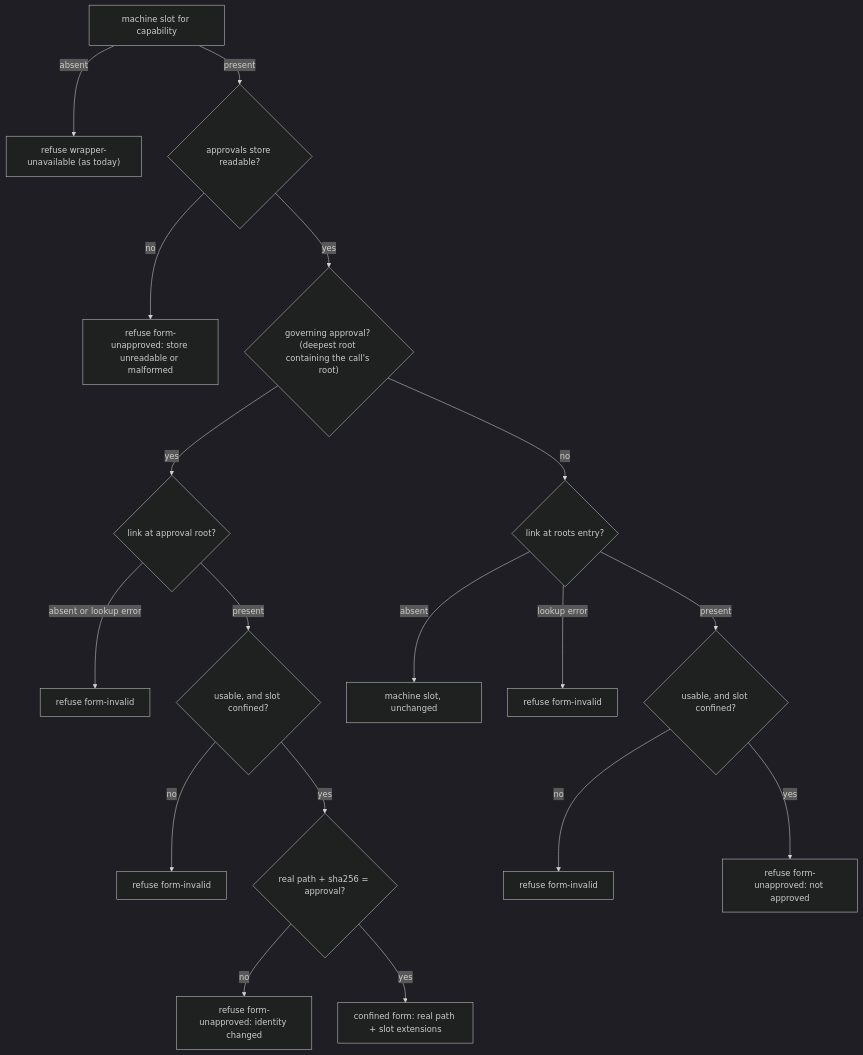
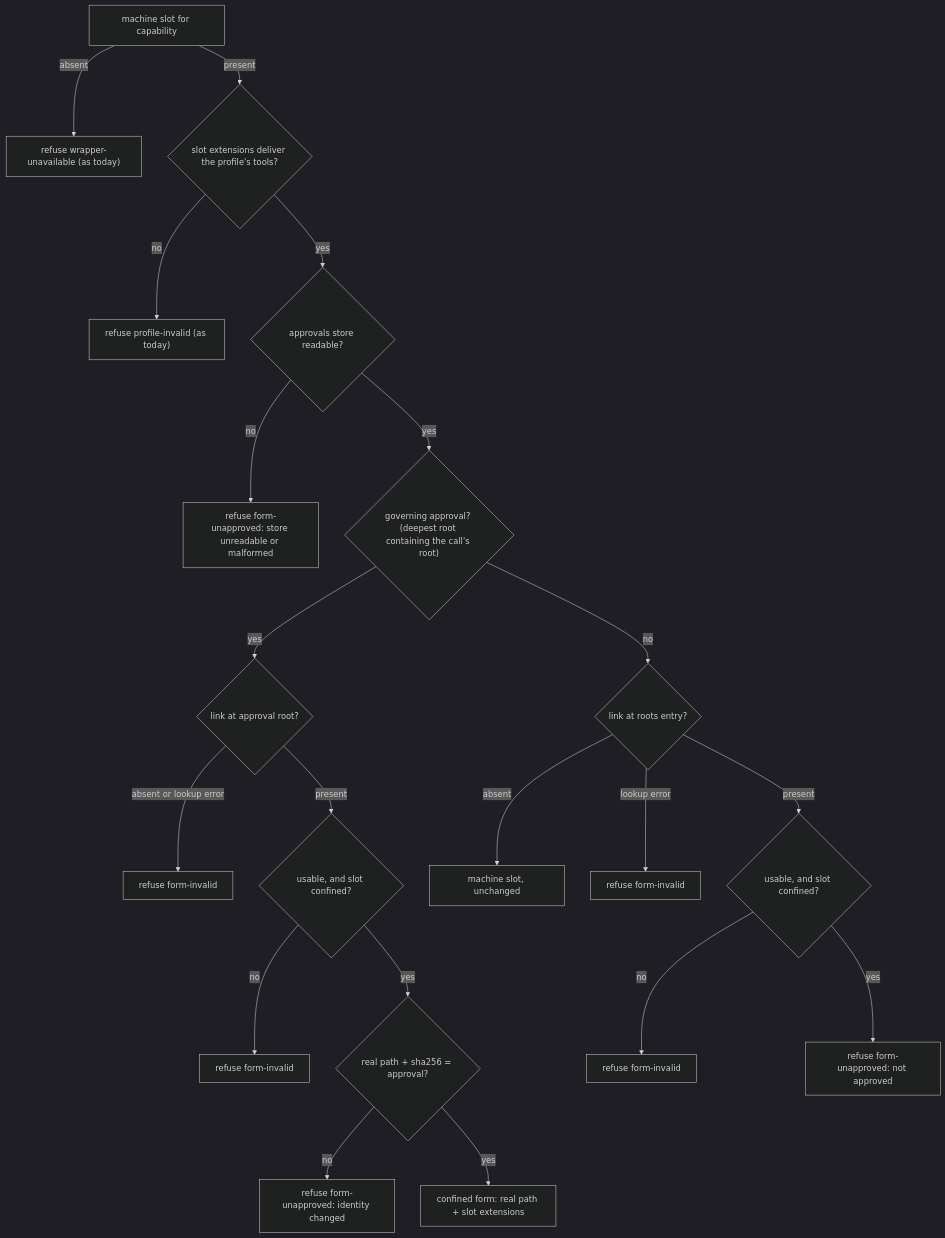
The second of 4 diagrams in .doctrine/slice/002/design.md (davidlee/quotient), drawn with Mermaid (dark theme) before and after one commit. The commit also changed other lines of this file and 5 other files, not shown here.

````diff
--- a/.doctrine/slice/002/design.md
+++ b/.doctrine/slice/002/design.md
@@ -89,20 +89,22 @@
 ```mermaid
 flowchart TD
   A["machine slot for capability"] -->|absent| W["refuse wrapper-unavailable (as today)"]
-  A -->|present| B{"approvals store readable?"}
+  A -->|present| X{"slot extensions deliver the profile's tools?"}
+  X -->|no| XP["refuse profile-invalid (as today)"]
+  X -->|yes| B{"approvals store readable?"}
   B -->|no| U0["refuse form-unapproved: store unreadable or malformed"]
   B -->|yes| G{"governing approval? (deepest root containing the call's root)"}
   G -->|yes| GL{"link at approval root?"}
   GL -->|absent or lookup error| I1["refuse form-invalid"]
   GL -->|present| GU{"usable, and slot confined?"}
   GU -->|no| I2["refuse form-invalid"]
   GU -->|yes| GI{"real path + sha256 = approval?"}
   GI -->|no| U1["refuse form-unapproved: identity changed"]
   GI -->|yes| P["confined form: real path + slot extensions"]
   G -->|no| NL{"link at roots entry?"}
   NL -->|absent| M["machine slot, unchanged"]
   NL -->|lookup error| I3["refuse form-invalid"]
   NL -->|present| NU{"usable, and slot confined?"}
   NU -->|no| I4["refuse form-invalid"]
   NU -->|yes| U2["refuse form-unapproved: not approved"]
 ```
````
